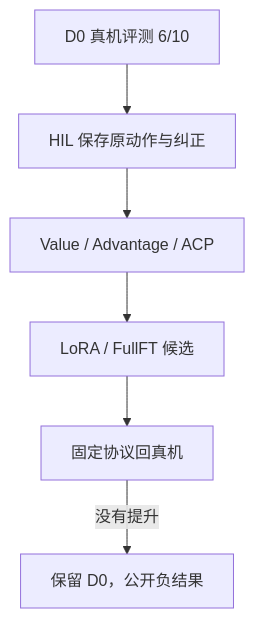
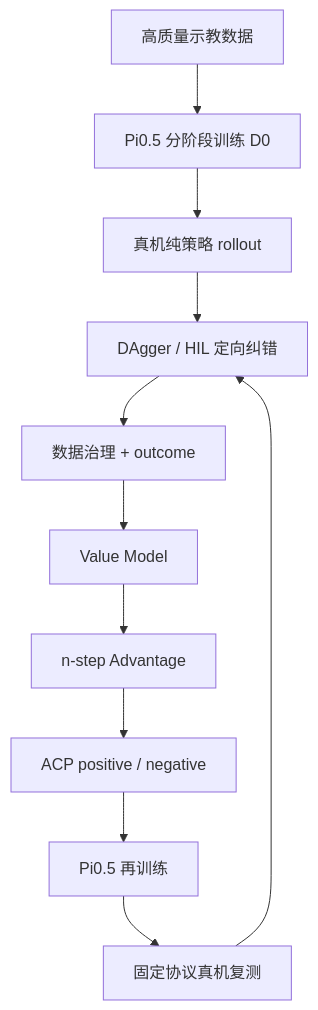
The diagram in content/projects/evo-rl.md (l2ktech/wzy-portfolio), drawn with Mermaid before and after one commit. The commit also changed other lines of this file, not shown here.

````diff
--- a/content/projects/evo-rl.md
+++ b/content/projects/evo-rl.md
@@ -11,8 +12,13 @@
 ```mermaid
 flowchart TD
-  A["D0 真机评测 6/10"] --> B["HIL 保存原动作与纠正"]
-  B --> C["Value / Advantage / ACP"]
-  C --> D["LoRA / FullFT 候选"]
-  D --> E["固定协议回真机"]
-  E -->|没有提升| F["保留 D0，公开负结果"]
+  A["高质量示教数据"] --> B["Pi0.5 分阶段训练 D0"]
+  B --> C["真机纯策略 rollout"]
+  C --> D["DAgger / HIL 定向纠错"]
+  D --> E["数据治理 + outcome"]
+  E --> F["Value Model"]
+  F --> G["n-step Advantage"]
+  G --> H["ACP positive / negative"]
+  H --> I["Pi0.5 再训练"]
+  I --> J["固定协议真机复测"]
+  J --> D
 ```
````
